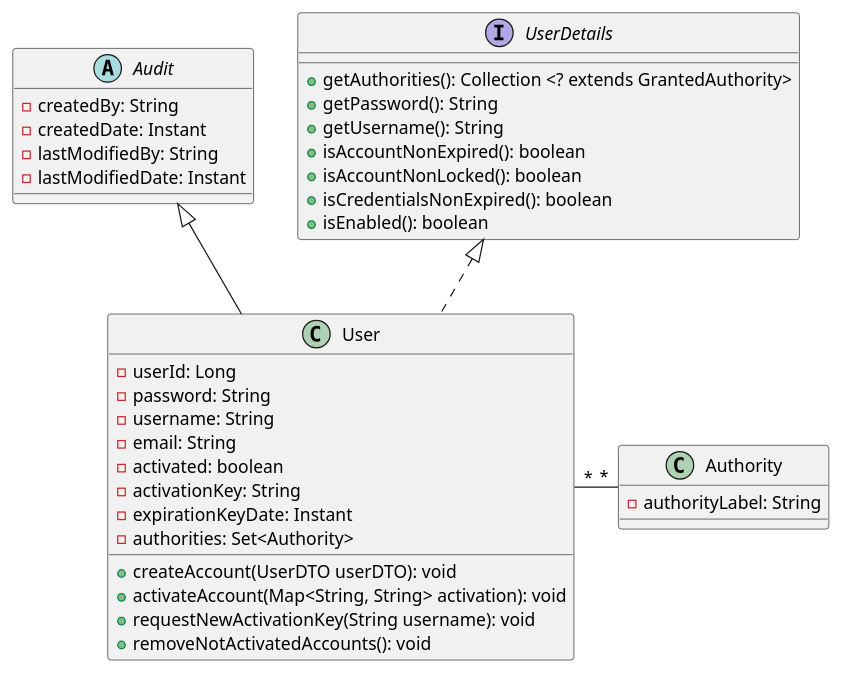
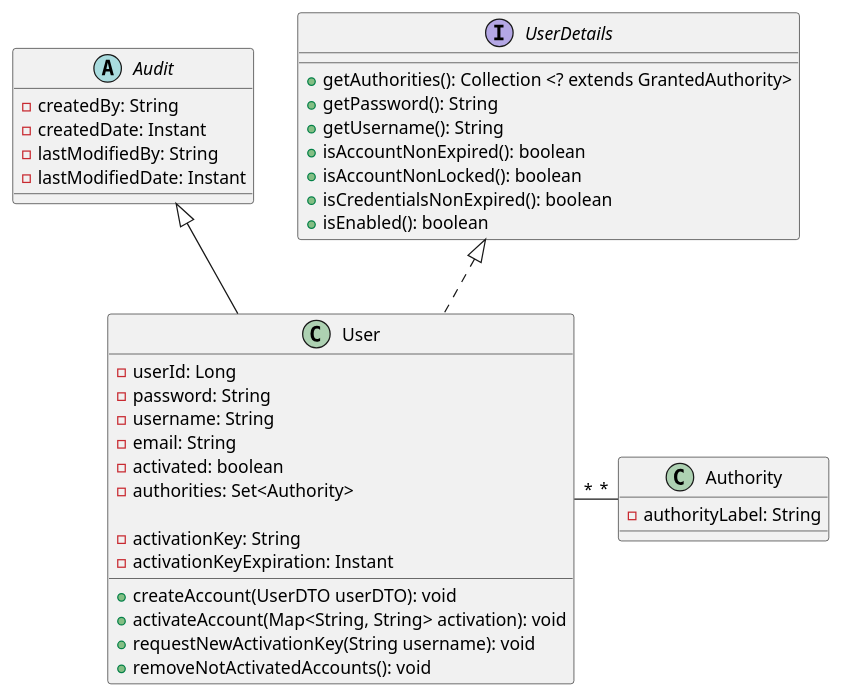
One commit to fatimabenzaoui/auth-springboot changed the diagram in usecases-diagramclasses/diagram-class.puml. Above: the diagram before and after it, drawn with PlantUML. The commit also changed 17 other files, not shown here.

```diff
--- a/usecases-diagramclasses/diagram-class.puml
+++ b/usecases-diagramclasses/diagram-class.puml
@@ -1,44 +1,45 @@
 @startuml shopclassdiagram
 
 User "*" -right- "*" Authority
 
 abstract class Audit {
     - createdBy: String
     - createdDate: Instant
     - lastModifiedBy: String
     - lastModifiedDate: Instant
 }
 
 interface UserDetails {
     + getAuthorities(): Collection <? extends GrantedAuthority>
     + getPassword(): String
     + getUsername(): String
     + isAccountNonExpired(): boolean
     + isAccountNonLocked(): boolean
     + isCredentialsNonExpired(): boolean
     + isEnabled(): boolean
 }
 
 class User extends Audit
 class User implements UserDetails
 class User {
     - userId: Long
     - password: String
     - username: String  
     - email: String
     - activated: boolean
+    - authorities: Set<Authority>
+
     - activationKey: String
-    - expirationKeyDate: Instant
-    - authorities: Set<Authority>
+    - activationKeyExpiration: Instant
 
     + createAccount(UserDTO userDTO): void
     + activateAccount(Map<String, String> activation): void
     + requestNewActivationKey(String username): void
     + removeNotActivatedAccounts(): void
 }
 
 class Authority {
     - authorityLabel: String
 }
 
 @enduml
```
